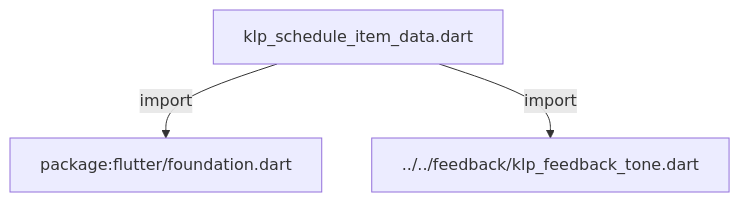
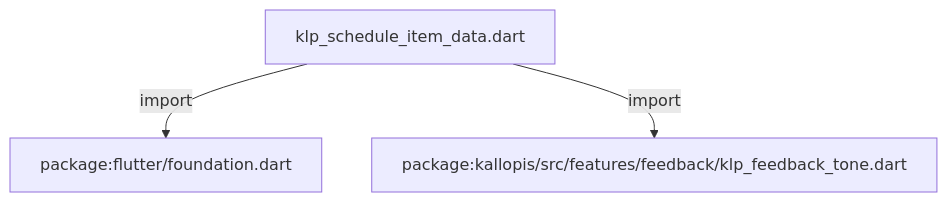
The first of 2 diagrams in docs/architecture/src/features/collections/agenda/klp_schedule_item_data.md (MiuDog/Kallopis), drawn with Mermaid before and after one commit. The commit also changed other lines of this file and 9688 other files, not shown here.

Commit message:
Prepare isolated Flow F2 peer baseline

````diff
--- a/docs/architecture/src/features/collections/agenda/klp_schedule_item_data.md
+++ b/docs/architecture/src/features/collections/agenda/klp_schedule_item_data.md
@@ -11,8 +11,8 @@
 ```mermaid
 flowchart TD
 	n0["klp_schedule_item_data.dart"]
 	n1["package:flutter/foundation.dart"]
-	n2["../../feedback/klp_feedback_tone.dart"]
+	n2["package:kallopis/src/features/feedback/klp_feedback_tone.dart"]
 	n0 -->|"import"| n1
 	n0 -->|"import"| n2
 ```
````
